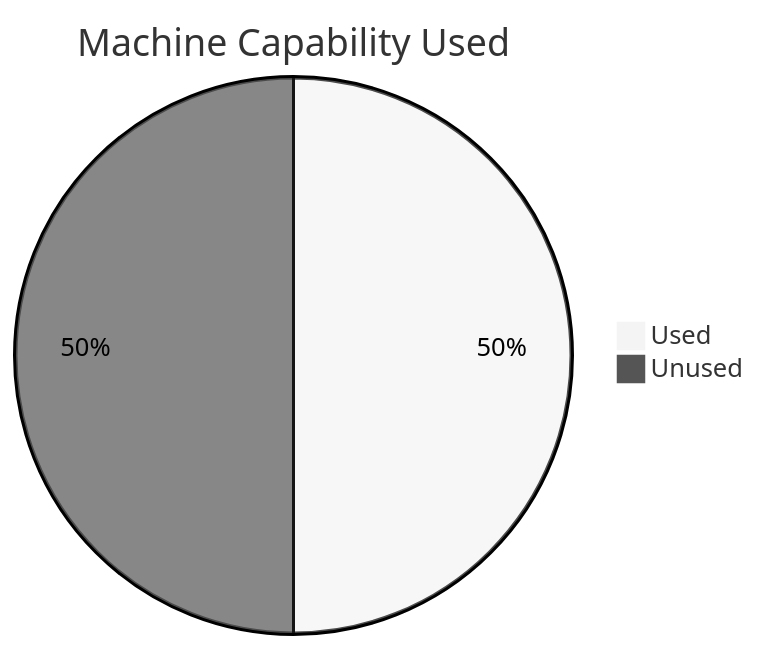
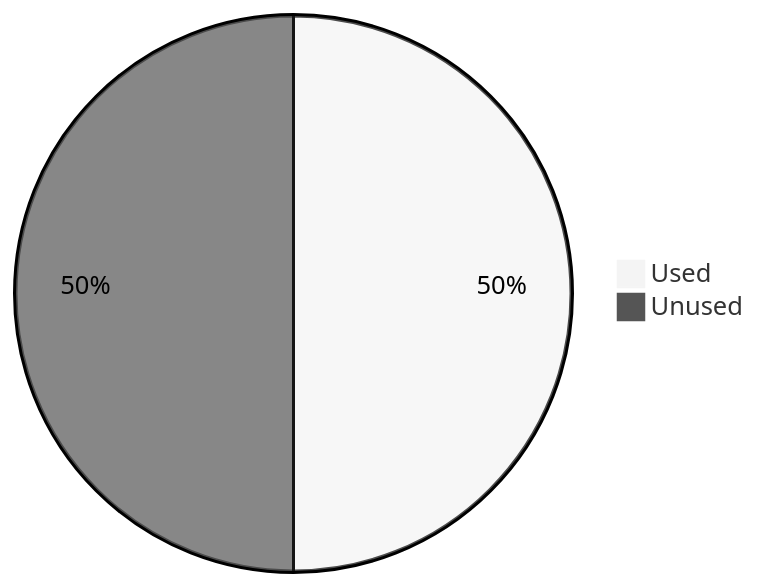
One commit to SiegeSailor/vault-personal changed the fourth of 7 diagrams in master-blog/artifact/bu/575/research/Paper.md. Above: the diagram before and after it, drawn with Mermaid (neutral theme). The commit also changed other lines of this file, not shown here.

````diff
--- a/master-blog/artifact/bu/575/research/Paper.md
+++ b/master-blog/artifact/bu/575/research/Paper.md
@@ -117,5 +119,5 @@
 ```mermaid
-pie title Machine Capability Used
+pie
     "Used" : 50
     "Unused" : 50
 ```
````
